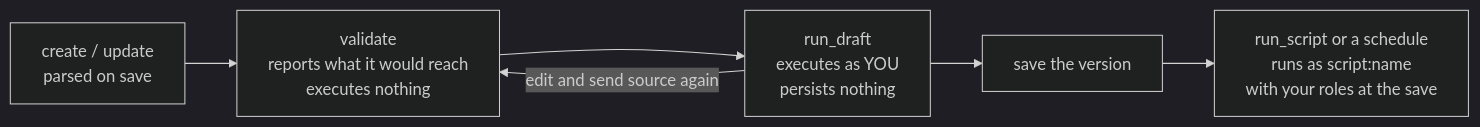
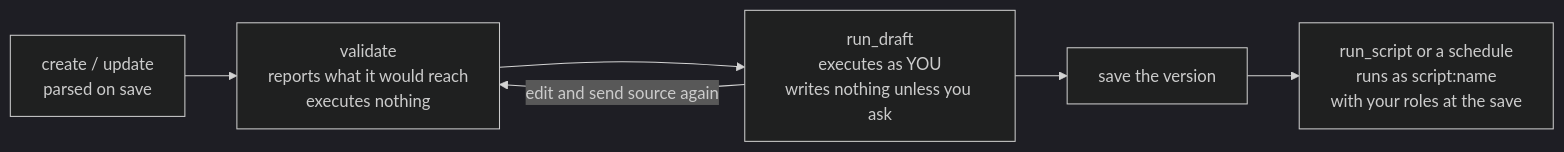
The diagram in internal/platform/knowledgebuiltin/pages/writing-managed-scripts.md (txn2/mcp-data-platform), drawn with Mermaid (dark theme) before and after one commit. The commit also changed other lines of this file and 42 other files, not shown here.

````diff
--- a/internal/platform/knowledgebuiltin/pages/writing-managed-scripts.md
+++ b/internal/platform/knowledgebuiltin/pages/writing-managed-scripts.md
@@ -12,8 +12,8 @@
 ```mermaid
 flowchart LR
   C["create / update<br/>parsed on save"] --> V["validate<br/>reports what it would reach<br/>executes nothing"]
-  V --> D["run_draft<br/>executes as YOU<br/>persists nothing"]
+  V --> D["run_draft<br/>executes as YOU<br/>writes nothing unless you ask"]
   D -- "edit and send source again" --> V
   D --> S["save the version"]
   S --> R["run_script or a schedule<br/>runs as script:name<br/>with your roles at the save"]
 ```
````
